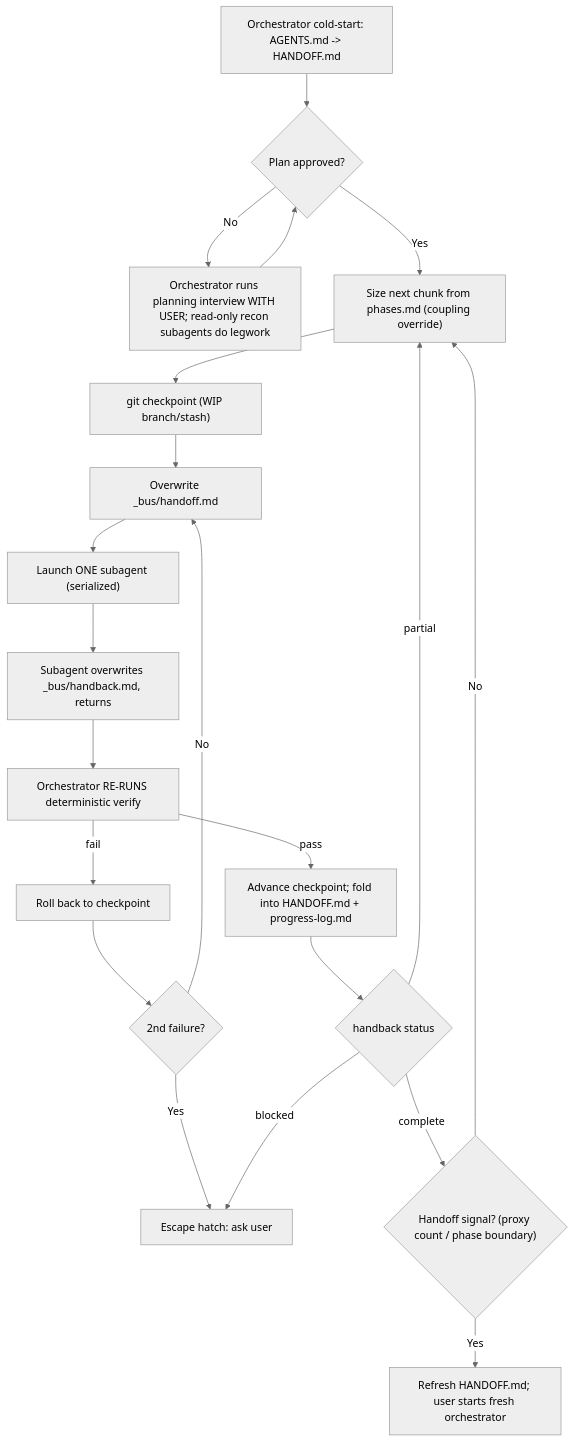
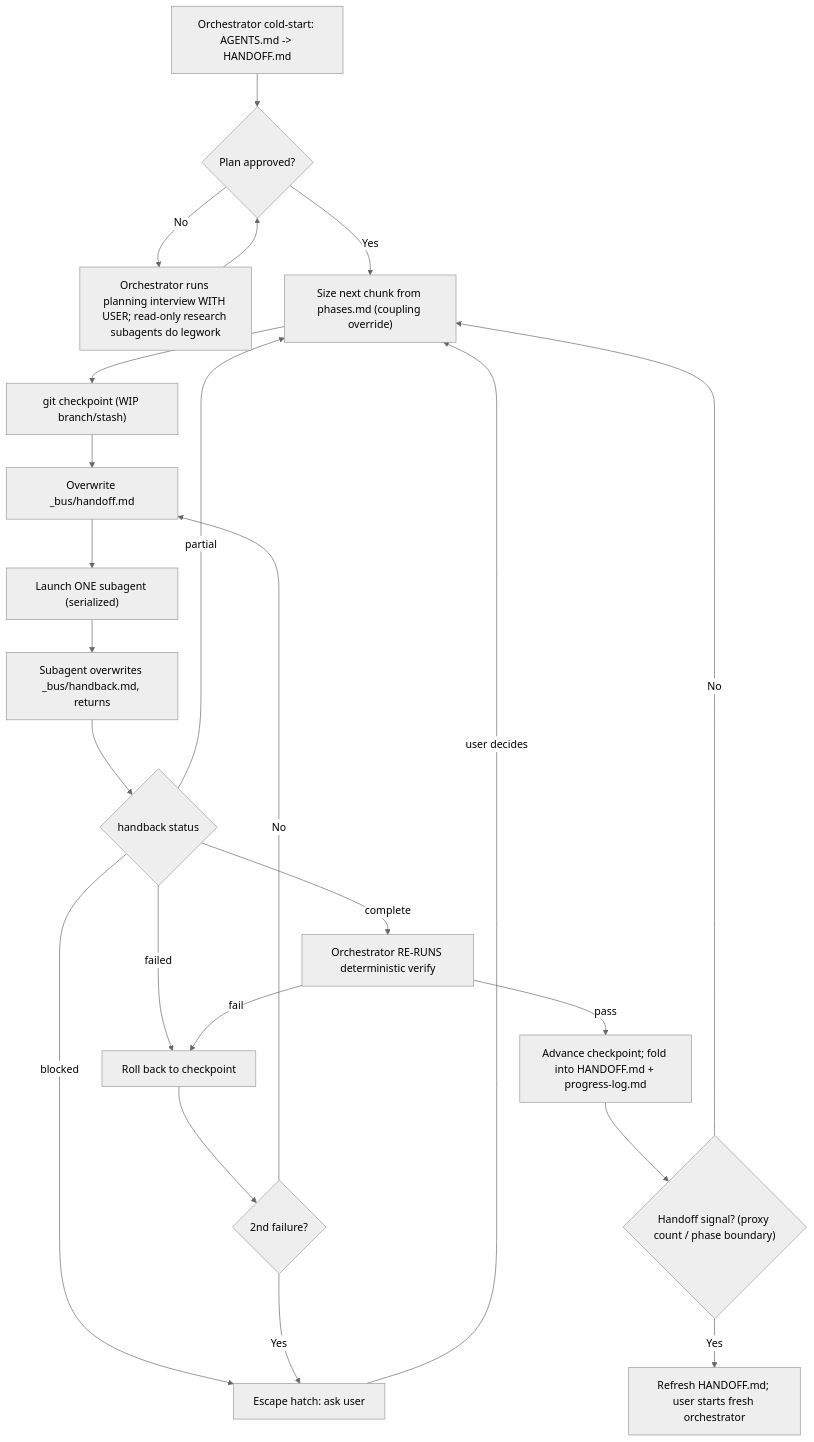
One commit to Danjohnsonnj/my-agent-skills changed the diagram in orchestrate-build/SKILL.md. Above: the diagram before and after it, drawn with Mermaid (neutral theme). The commit also changed other lines of this file and 5 other files, not shown here.

````diff
--- a/orchestrate-build/SKILL.md
+++ b/orchestrate-build/SKILL.md
@@ -26,23 +26,25 @@
 ```mermaid
 flowchart TD
     coldStart["Orchestrator cold-start: AGENTS.md -> HANDOFF.md"] --> planning{"Plan approved?"}
-    planning -->|No| interview["Orchestrator runs planning interview WITH USER; read-only recon subagents do legwork"]
+    planning -->|No| interview["Orchestrator runs planning interview WITH USER; read-only research subagents do legwork"]
     interview --> planning
     planning -->|Yes| sizeChunk["Size next chunk from phases.md (coupling override)"]
     sizeChunk --> checkpoint["git checkpoint (WIP branch/stash)"]
     checkpoint --> writeHandoff["Overwrite _bus/handoff.md"]
     writeHandoff --> dispatch["Launch ONE subagent (serialized)"]
     dispatch --> handback["Subagent overwrites _bus/handback.md, returns"]
-    handback --> reverify["Orchestrator RE-RUNS deterministic verify"]
+    handback --> status{"handback status"}
+    status -->|blocked| askUser["Escape hatch: ask user"]
+    status -->|partial| sizeChunk
+    status -->|failed| rollback["Roll back to checkpoint"]
+    status -->|complete| reverify["Orchestrator RE-RUNS deterministic verify"]
     reverify -->|pass| fold["Advance checkpoint; fold into HANDOFF.md + progress-log.md"]
-    reverify -->|fail| rollback["Roll back to checkpoint"]
+    reverify -->|fail| rollback
     rollback --> breaker{"2nd failure?"}
     breaker -->|No| writeHandoff
-    breaker -->|Yes| askUser["Escape hatch: ask user"]
-    fold --> status{"handback status"}
-    status -->|partial| sizeChunk
-    status -->|blocked| askUser
-    status -->|complete| signal{"Handoff signal? (proxy count / phase boundary)"}
+    breaker -->|Yes| askUser
+    askUser -->|user decides| sizeChunk
+    fold --> signal{"Handoff signal? (proxy count / phase boundary)"}
     signal -->|No| sizeChunk
     signal -->|Yes| handoff["Refresh HANDOFF.md; user starts fresh orchestrator"]
 ```
````
